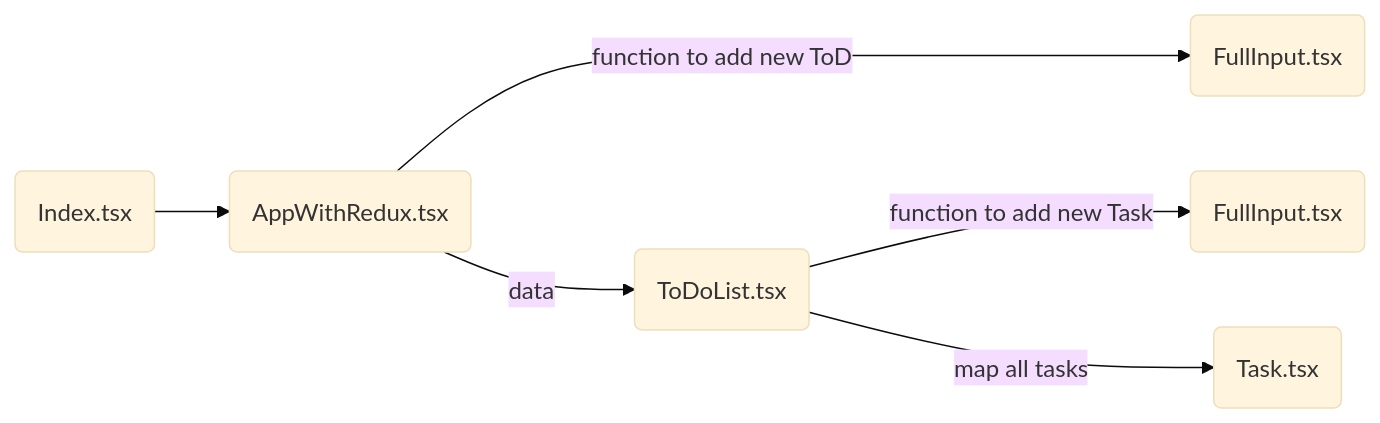
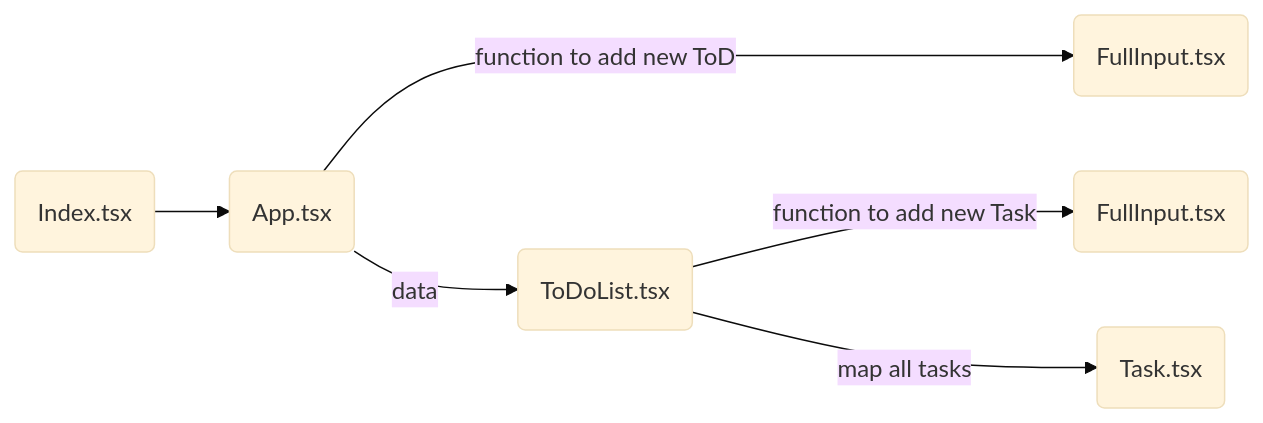
Before and after one commit to AntonRybakou/todo-list: the diagram in README.md, drawn with Mermaid (base theme). The commit also changed 5 other files, not shown here.

````diff
--- a/README.md
+++ b/README.md
@@ -14,9 +14,9 @@
 ```mermaid
   graph LR;
-    I(Index.tsx)-->A(AppWithRedux.tsx);
+    I(Index.tsx)-->A(App.tsx);
     A--function to add new ToDo-->C1(FullInput.tsx);
     A--data-->T(ToDoList.tsx);
     
     T--function to add new Task-->C2(FullInput.tsx);
     T--map all tasks-->C3(Task.tsx);
 ```
````
